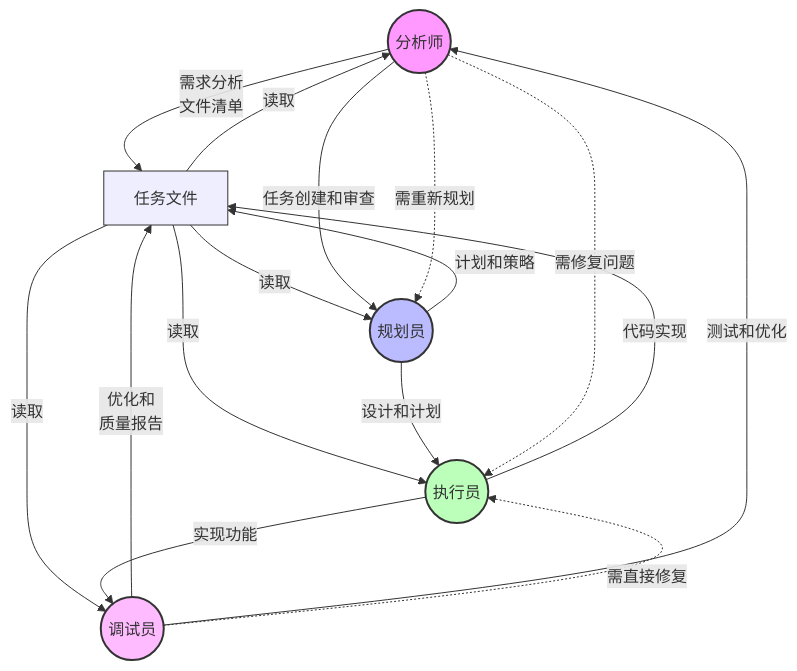
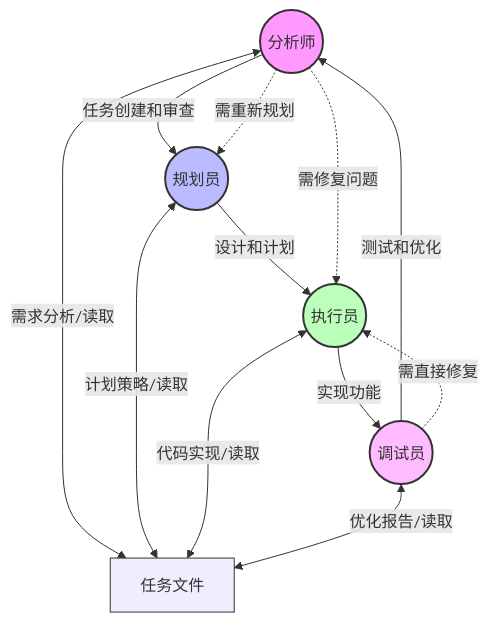
The diagram in ai/tasker-v2.5.md (wanjochan/ai-coding), drawn with Mermaid before and after one commit.

````diff
--- a/ai/tasker-v2.5.md
+++ b/ai/tasker-v2.5.md
@@ -16,30 +16,33 @@
 ```mermaid
 graph TB
-    %% 节点样式定义
+    %% 节点定义
+    T[任务文件]
+    A((分析师))
+    P((规划员))
+    E((执行员))
+    D((调试员))
+    
+    %% 环状连接 - 主要工作流
+    A -->|任务创建和审查| P
+    P -->|设计和计划| E
+    E -->|实现功能| D
+    D -->|测试和优化| A
+    
+    %% 与任务文件的交互 - 简化为双向箭头
+    A <-->|需求分析/读取| T
+    P <-->|计划策略/读取| T
+    E <-->|代码实现/读取| T
+    D <-->|优化报告/读取| T
+    
+    %% 返工路径
+    A -.->|需重新规划| P
+    A -.->|需修复问题| E
+    D -.->|需直接修复| E
+    
+    %% 节点样式
     style A fill:#f9f,stroke:#333,stroke-width:2px
     style P fill:#bbf,stroke:#333,stroke-width:2px
     style E fill:#bfb,stroke:#333,stroke-width:2px
     style D fill:#fbf,stroke:#333,stroke-width:2px
     style T fill:#eef,stroke:#333,stroke-width:1px
-    
-    %% 主要角色节点
-    A((分析师)) -->|需求分析<br>文件清单| T[任务文件]
-    T -->|读取| P((规划员))
-    P -->|计划和策略| T
-    T -->|读取| E((执行员))
-    E -->|代码实现| T
-    T -->|读取| D((调试员))
-    D -->|优化和<br>质量报告| T
-    T -->|读取| A
-    
-    %% 环状连接
-    A -->|任务创建和审查| P
-    P -->|设计和计划| E
-    E -->|实现功能| D
-    D -->|测试和优化| A
-    
-    %% 返工路径
-    A -.->|需重新规划| P
-    A -.->|需修复问题| E
-    D -.->|需直接修复| E
 ```
````
